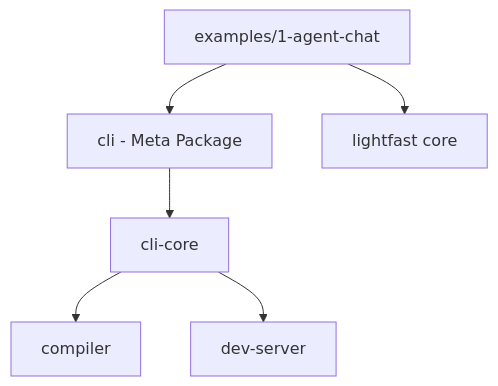
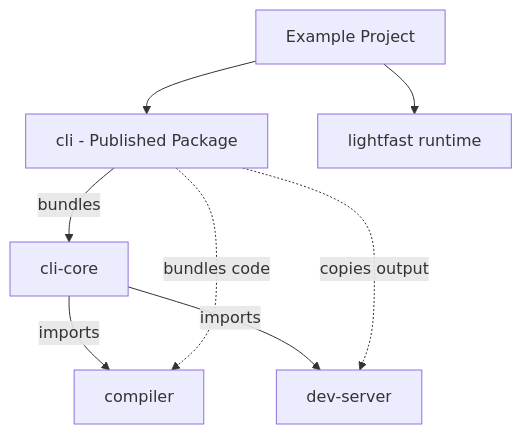
The diagram in core/CLAUDE.md (lightfastai/lightfast), drawn with Mermaid before and after one commit. The commit also changed other lines of this file and 22 other files, not shown here.

First line of the commit message:
refactor(cli): bundle all dependencies into single published package

````diff
--- a/core/CLAUDE.md
+++ b/core/CLAUDE.md
@@ -19,9 +20,12 @@
 ```mermaid  
 graph TD
-    A[cli - Meta Package] --> B[cli-core]
-    B --> C[compiler]
-    B --> D[dev-server]
+    CLI[cli - Published Package] --> |bundles| CORE[cli-core]
+    CORE --> |imports| COMPILER[compiler]
+    CORE --> |imports| DEVSERVER[dev-server]
     
-    E[examples/1-agent-chat] --> A
-    E --> F[lightfast core]
+    CLI -.->|bundles code| COMPILER
+    CLI -.->|copies output| DEVSERVER
+    
+    EXAMPLE[Example Project] --> CLI
+    EXAMPLE --> LIGHTFAST[lightfast runtime]
 ```
````
